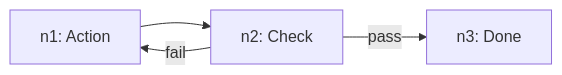
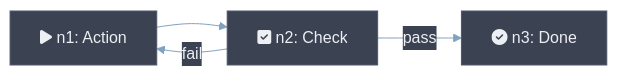
The second of 2 diagrams in docs/module-design/workflow.md (quintin-lee/csilk), drawn with Mermaid before and after one commit. The commit also changed other lines of this file and 30 other files, not shown here.

Commit message:
docs(docs): 📝 apply Nord Mermaid theme, RFC 2119 keywords, and quantified metrics to all docs

````diff
--- a/docs/module-design/workflow.md
+++ b/docs/module-design/workflow.md
@@ -168,6 +169,7 @@
 ```mermaid
+%%{init: {'theme': 'base', 'themeVariables': {'background': '#2E3440','primaryColor':'#81A1C1','primaryBorderColor':'#4C566A','primaryTextColor':'#ECEFF4','secondaryColor':'#3B4252','secondaryBorderColor':'#434C5E','secondaryTextColor':'#D8DEE9','lineColor':'#81A1C1','textColor':'#ECEFF4','mainBkg':'#3B4252','nodeBorder':'#4C566A','clusterBkg':'#2E3440','clusterBorder':'#4C566A','titleColor':'#ECEFF4','edgeLabelBackground':'#3B4252','nodeTextColor':'#ECEFF4'}, 'flowchart': {'htmlLabels': true, 'curve': 'basis'}}}%%
 flowchart LR
-    N1["n1: Action"] --> N2["n2: Check"]
+    N1["fa:fa-play n1: Action"] --> N2["fa:fa-check-square n2: Check"]
     N2 -- "fail" --> N1
-    N2 -- "pass" --> N3["n3: Done"]
+    N2 -- "pass" --> N3["fa:fa-check-circle n3: Done"]
 ```
````
